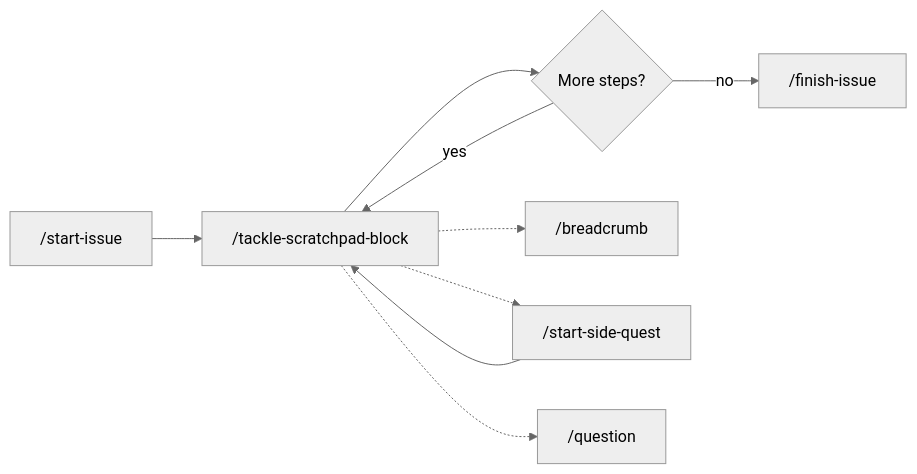
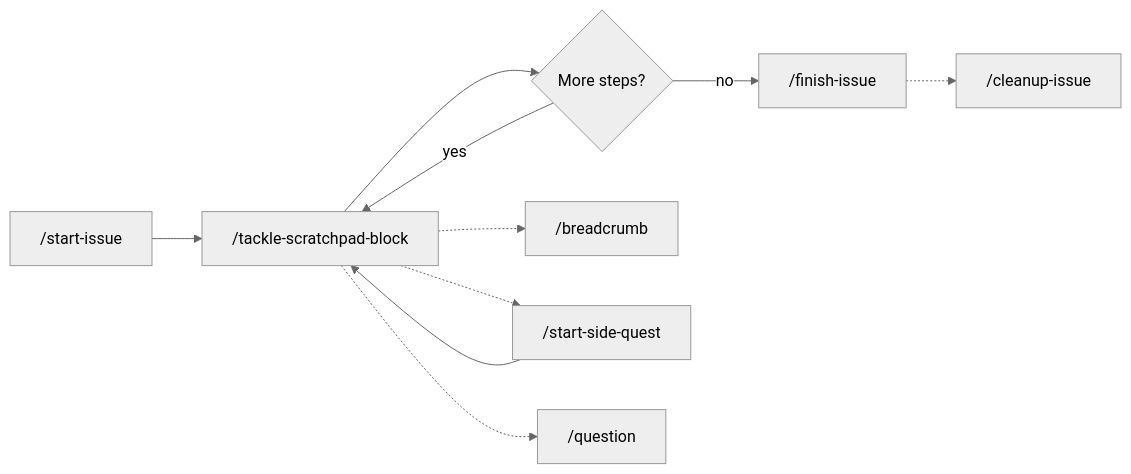
Before and after one commit to couimet/my-claude-skills: the diagram in README.md, drawn with Mermaid (neutral theme). The commit also changed other lines of this file and 15 other files, not shown here.

First line of the commit message:
[issues/22] Unify working directories under .claude-work/ and add `/cleanup-issue` skill (#23)

````diff
--- a/README.md
+++ b/README.md
@@ -128,11 +128,12 @@
 ```mermaid
 graph LR
     A["/start-issue"] --> B["/tackle-scratchpad-block"]
     B --> C{More steps?}
     C -- yes --> B
     C -- no --> D["/finish-issue"]
     B -.-> E["/breadcrumb"]
     B -.-> F["/start-side-quest"]
     B -.-> G["/question"]
     F --> B
+    D -.-> H["/cleanup-issue"]
 ```
````
